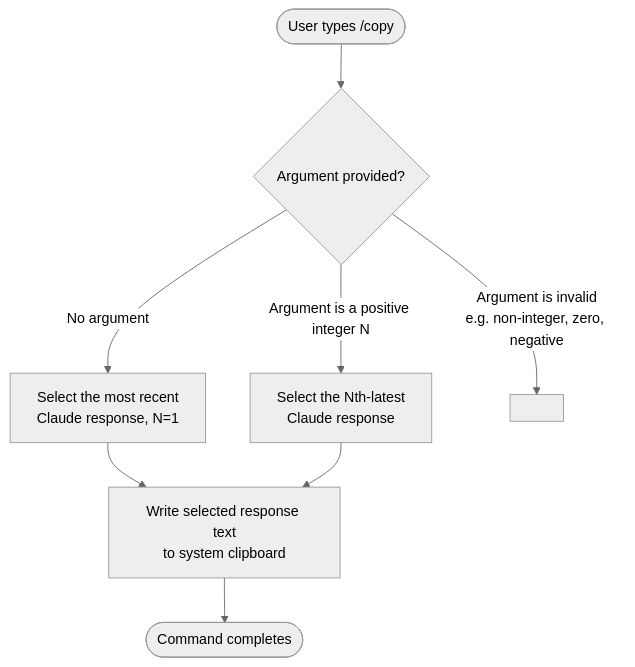
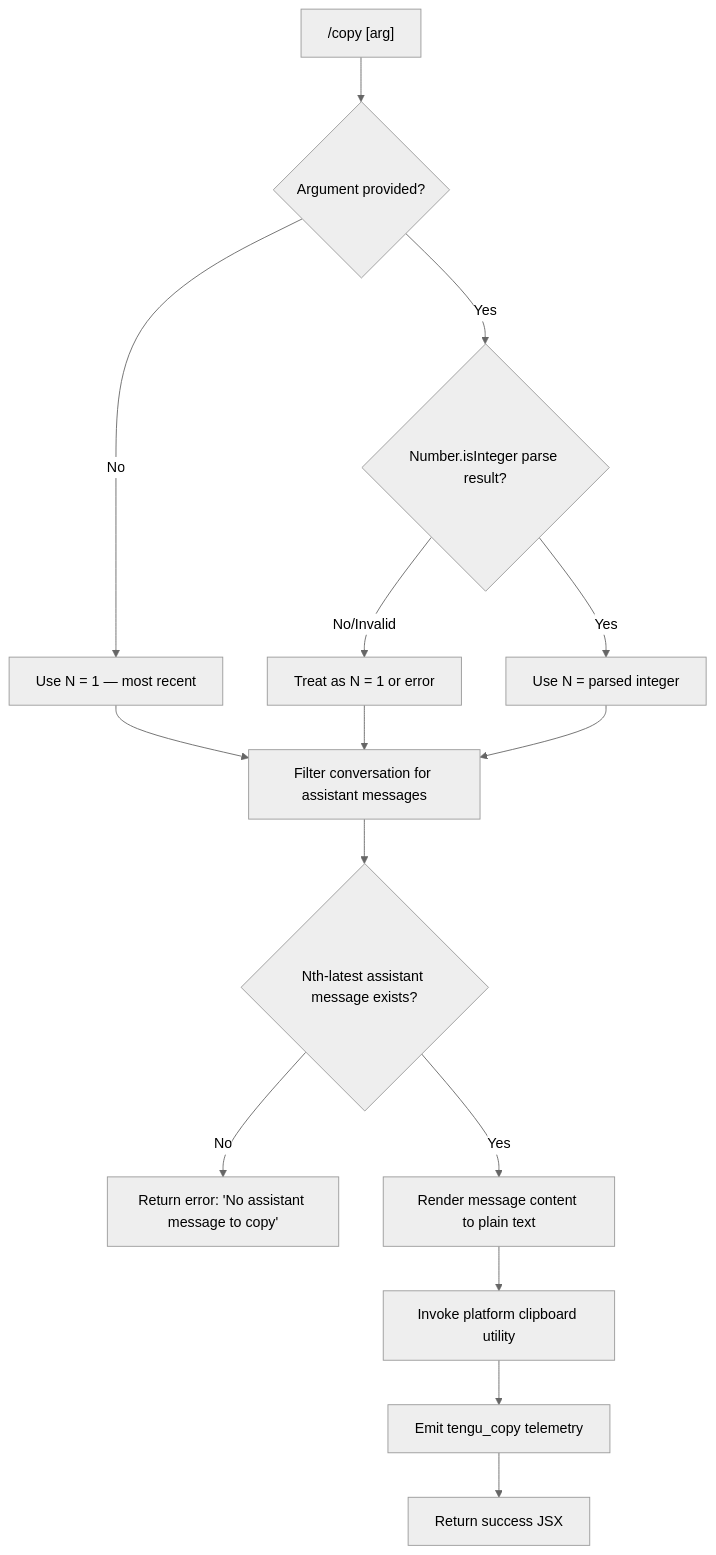
The diagram in versions/v2.1.149/copy.md (MyLittleLuckyDog/cc-gnothi), drawn with Mermaid (neutral theme) before and after one commit. The commit also changed other lines of this file and 496 other files, not shown here.

````diff
--- a/versions/v2.1.149/copy.md
+++ b/versions/v2.1.149/copy.md
@@ -46,10 +54,17 @@
 ```mermaid
 flowchart TD
-    A([User types /copy]) --> B{Argument provided?}
-    B -- "No argument" --> C[Select the most recent\nClaude response, N=1]
-    B -- "Argument is a positive integer N" --> D[Select the Nth-latest\nClaude response]
-    B -- "Argument is invalid\ne.g. non-integer, zero, negative" --> E[<!-- TODO: not found in depth-2 traversal; needs --depth 4 -->]
-    C --> F[Write selected response text\nto system clipboard]
-    D --> F
-    F --> G([Command completes])
+    A["/copy [arg]"] --> B{Argument provided?}
+    B -- No --> C[Use N = 1 — most recent]
+    B -- Yes --> D{Number.isInteger parse result?}
+    D -- No/Invalid --> E[Treat as N = 1 or error]
+    D -- Yes --> F[Use N = parsed integer]
+    C --> G[Filter conversation for assistant messages]
+    E --> G
+    F --> G
+    G --> H{Nth-latest assistant message exists?}
+    H -- No --> I[Return error: 'No assistant message to copy']
+    H -- Yes --> J[Render message content to plain text]
+    J --> K[Invoke platform clipboard utility]
+    K --> L[Emit tengu_copy telemetry]
+    L --> M[Return success JSX]
 ```
````
